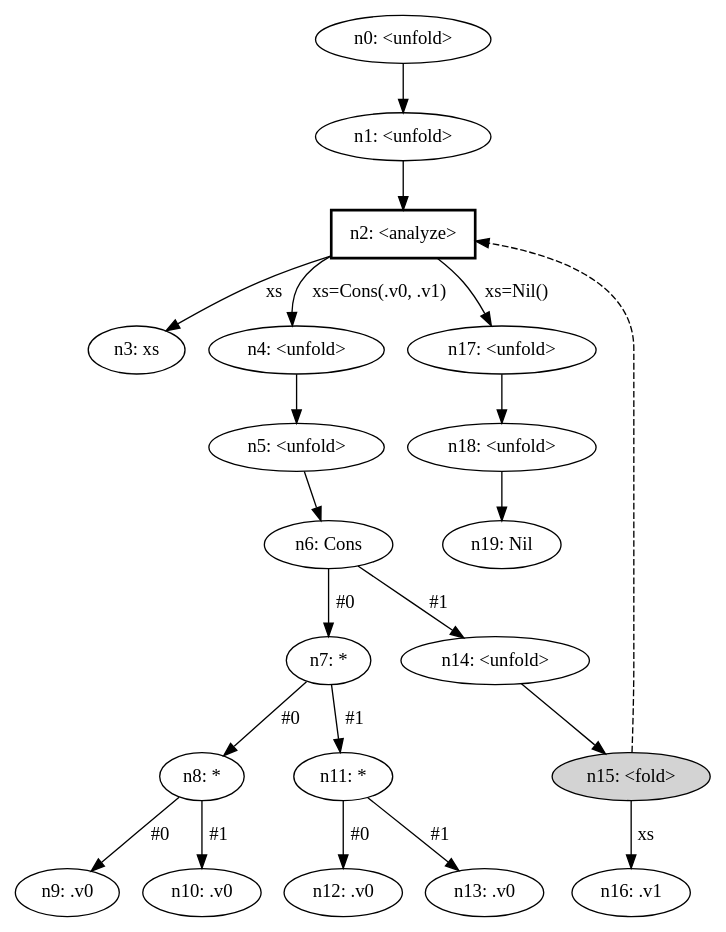
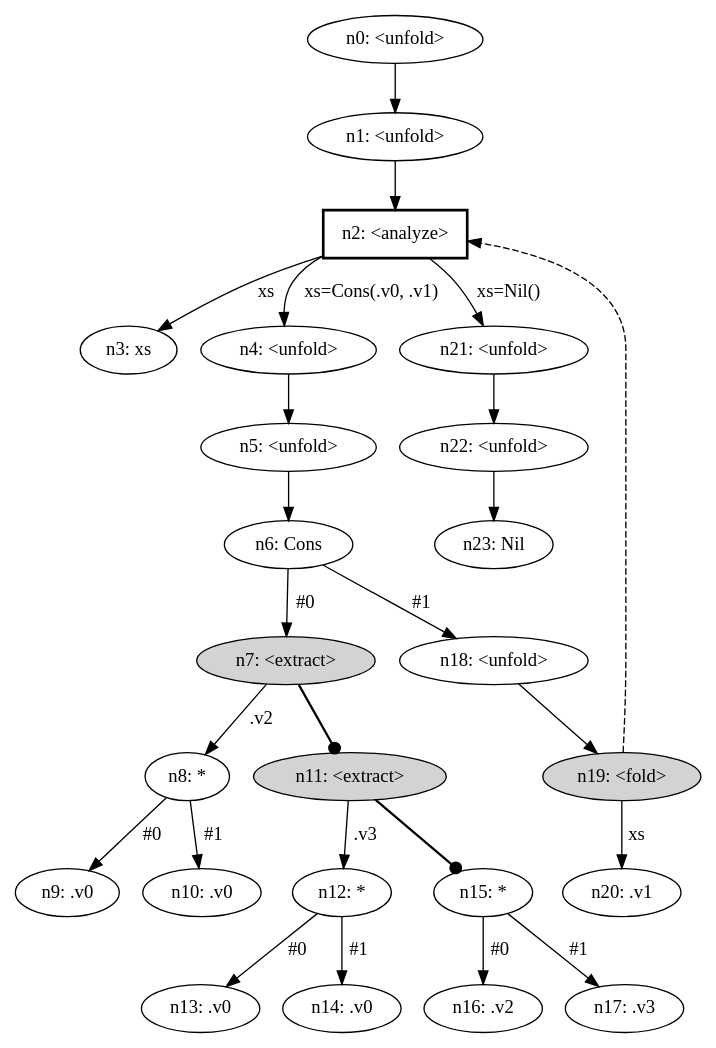
Before and after one commit to mazeppa-dev/mazeppa: the diagram in examples/double-squares/target/graph.dot, drawn with Graphviz. The commit also changed 34 other files, not shown here.

```diff
--- a/examples/double-squares/target/graph.dot
+++ b/examples/double-squares/target/graph.dot
@@ -1,44 +1,52 @@
 digraph {
     node [fontname="bold helvetica"];
     edge [fontname="bold helvetica"];
     n0 [label="n0: <unfold>"];
     n1 [label="n1: <unfold>"];
     n0 -> n1;
     n2 [label="n2: <analyze>"] [shape=box style=bold];
     n1 -> n2;
     n3 [label="n3: xs"];
     n2 -> n3 [label=" xs "];
     n4 [label="n4: <unfold>"];
     n2 -> n4 [label=" xs=Cons(.v0, .v1) "];
     n5 [label="n5: <unfold>"];
     n4 -> n5;
     n6 [label="n6: Cons"];
     n5 -> n6;
-    n7 [label="n7: *"];
+    n7 [label="n7: <extract>"] [style=filled];
     n6 -> n7 [label=" #0 "];
     n8 [label="n8: *"];
-    n7 -> n8 [label=" #0 "];
+    n7 -> n8 [label=" .v2 "];
     n9 [label="n9: .v0"];
     n8 -> n9 [label=" #0 "];
     n10 [label="n10: .v0"];
     n8 -> n10 [label=" #1 "];
-    n11 [label="n11: *"];
-    n7 -> n11 [label=" #1 "];
-    n12 [label="n12: .v0"];
-    n11 -> n12 [label=" #0 "];
+    n11 [label="n11: <extract>"] [style=filled];
+    n7 -> n11 [penwidth=1.7 arrowhead=dot];
+    n12 [label="n12: *"];
+    n11 -> n12 [label=" .v3 "];
     n13 [label="n13: .v0"];
-    n11 -> n13 [label=" #1 "];
-    n14 [label="n14: <unfold>"];
-    n6 -> n14 [label=" #1 "];
-    n15 [label="n15: <fold>"] [style=filled];
-    n14 -> n15;
-    n15 -> n2 [style=dashed];
-    n16 [label="n16: .v1"];
-    n15 -> n16 [label=" xs "];
-    n17 [label="n17: <unfold>"];
-    n2 -> n17 [label=" xs=Nil() "];
+    n12 -> n13 [label=" #0 "];
+    n14 [label="n14: .v0"];
+    n12 -> n14 [label=" #1 "];
+    n15 [label="n15: *"];
+    n11 -> n15 [penwidth=1.7 arrowhead=dot];
+    n16 [label="n16: .v2"];
+    n15 -> n16 [label=" #0 "];
+    n17 [label="n17: .v3"];
+    n15 -> n17 [label=" #1 "];
     n18 [label="n18: <unfold>"];
-    n17 -> n18;
-    n19 [label="n19: Nil"];
+    n6 -> n18 [label=" #1 "];
+    n19 [label="n19: <fold>"] [style=filled];
     n18 -> n19;
+    n19 -> n2 [style=dashed];
+    n20 [label="n20: .v1"];
+    n19 -> n20 [label=" xs "];
+    n21 [label="n21: <unfold>"];
+    n2 -> n21 [label=" xs=Nil() "];
+    n22 [label="n22: <unfold>"];
+    n21 -> n22;
+    n23 [label="n23: Nil"];
+    n22 -> n23;
 }
```
